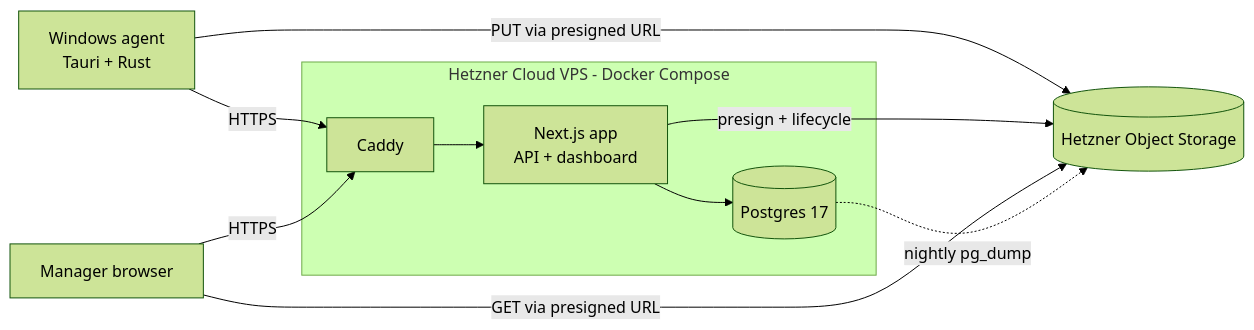
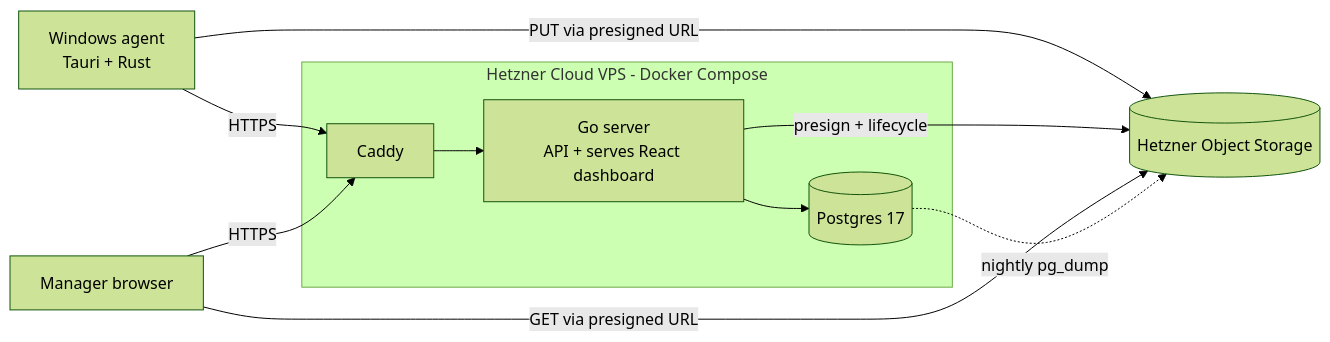
The diagram in docs/RESEARCH.md (NeuSkale-ops/worktrack), drawn with Mermaid (forest theme) before and after one commit. The commit also changed other lines of this file, not shown here.

Commit message:
Switch backend to Go and dashboard to React SPA

````diff
--- a/docs/RESEARCH.md
+++ b/docs/RESEARCH.md
@@ -134,13 +134,13 @@
 ```mermaid
 flowchart LR
   A[Windows agent<br/>Tauri + Rust] -->|HTTPS| C[Caddy]
   M[Manager browser] -->|HTTPS| C
   subgraph VPS[Hetzner Cloud VPS - Docker Compose]
-    C --> W[Next.js app<br/>API + dashboard]
+    C --> W[Go server<br/>API + serves React dashboard]
     W --> P[(Postgres 17)]
   end
   A -->|PUT via presigned URL| S[(Hetzner Object Storage)]
   W -->|presign + lifecycle| S
   M -->|GET via presigned URL| S
   P -.->|nightly pg_dump| S
 ```
````
